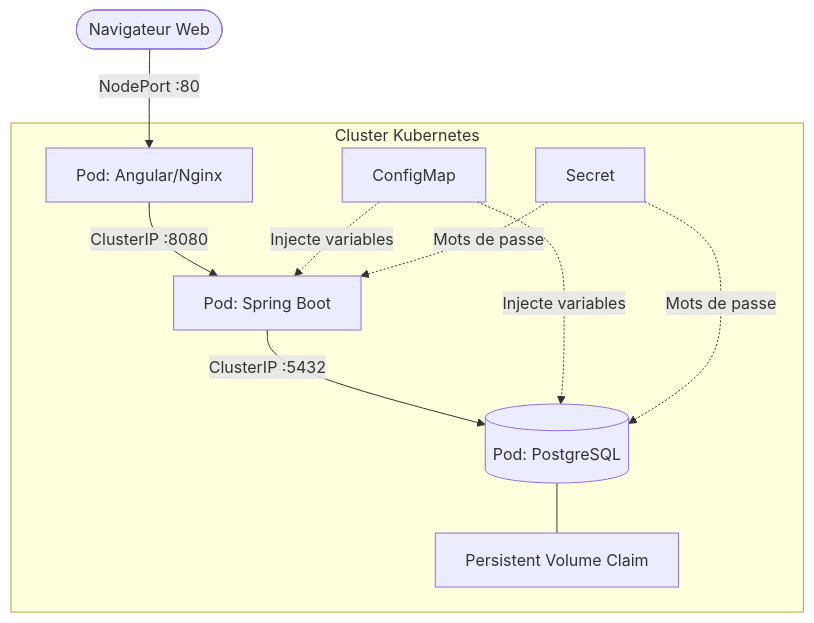
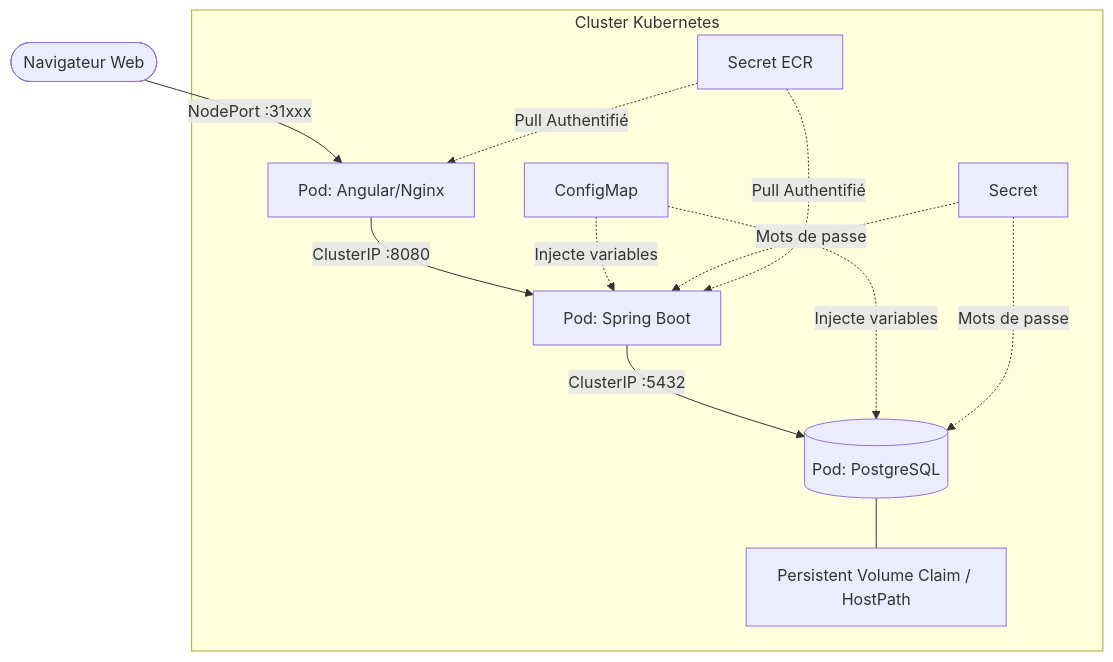
One commit to Tizeibm/task-mananger-k8s changed the diagram in README.md. Above: the diagram before and after it, drawn with Mermaid. The commit also changed other lines of this file, not shown here.

````diff
--- a/README.md
+++ b/README.md
@@ -11,17 +33,20 @@
 ```mermaid
 graph TD
-    Client([Navigateur Web]) -->|NodePort :80| Front[Pod: Angular/Nginx]
+    Client([Navigateur Web]) -->|NodePort :31xxx| Front[Pod: Angular/Nginx]
     
     subgraph Cluster Kubernetes
         Front -->|ClusterIP :8080| Back[Pod: Spring Boot]
         Back -->|ClusterIP :5432| DB[(Pod: PostgreSQL)]
         
-        DB --- PVC[Persistent Volume Claim]
+        DB --- PVC[Persistent Volume Claim / HostPath]
         
         Config[ConfigMap] -.->|Injecte variables| Back
         Config -.->|Injecte variables| DB
         
         Secret[Secret] -.->|Mots de passe| Back
         Secret -.->|Mots de passe| DB
+        
+        ECRSecret[Secret ECR] -.->|Pull Authentifié| Front
+        ECRSecret -.->|Pull Authentifié| Back
     end
 ```
````
